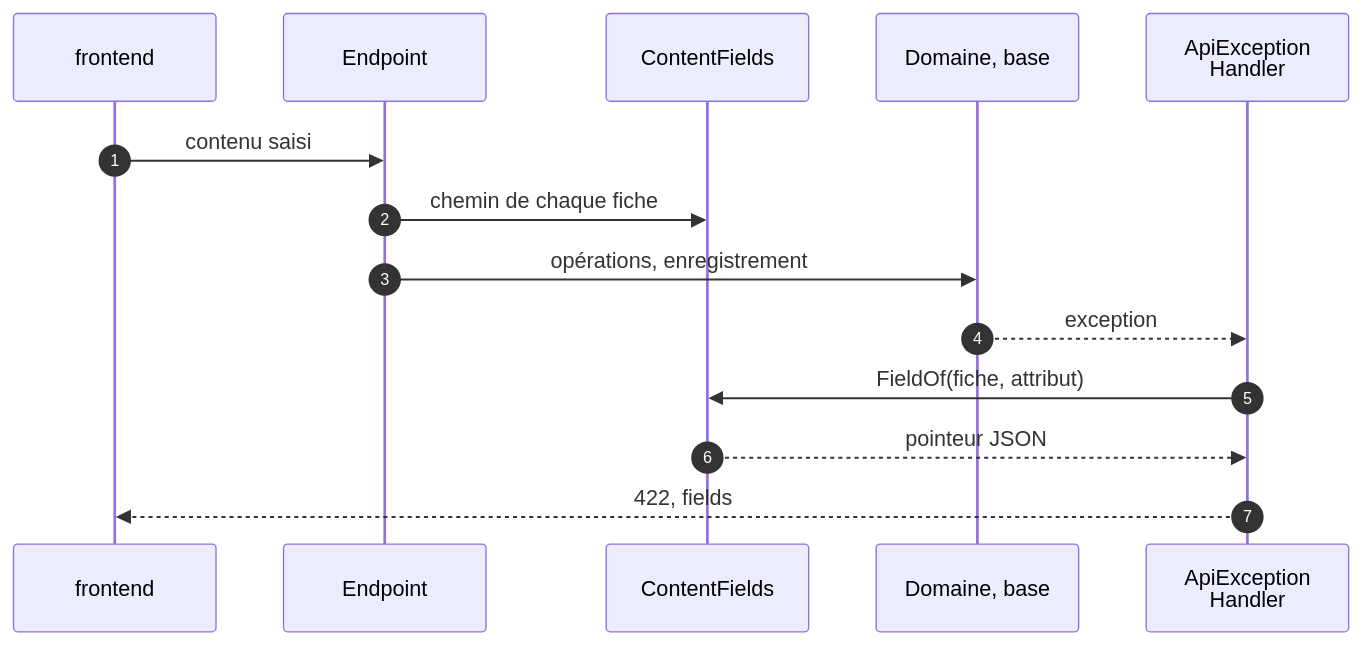
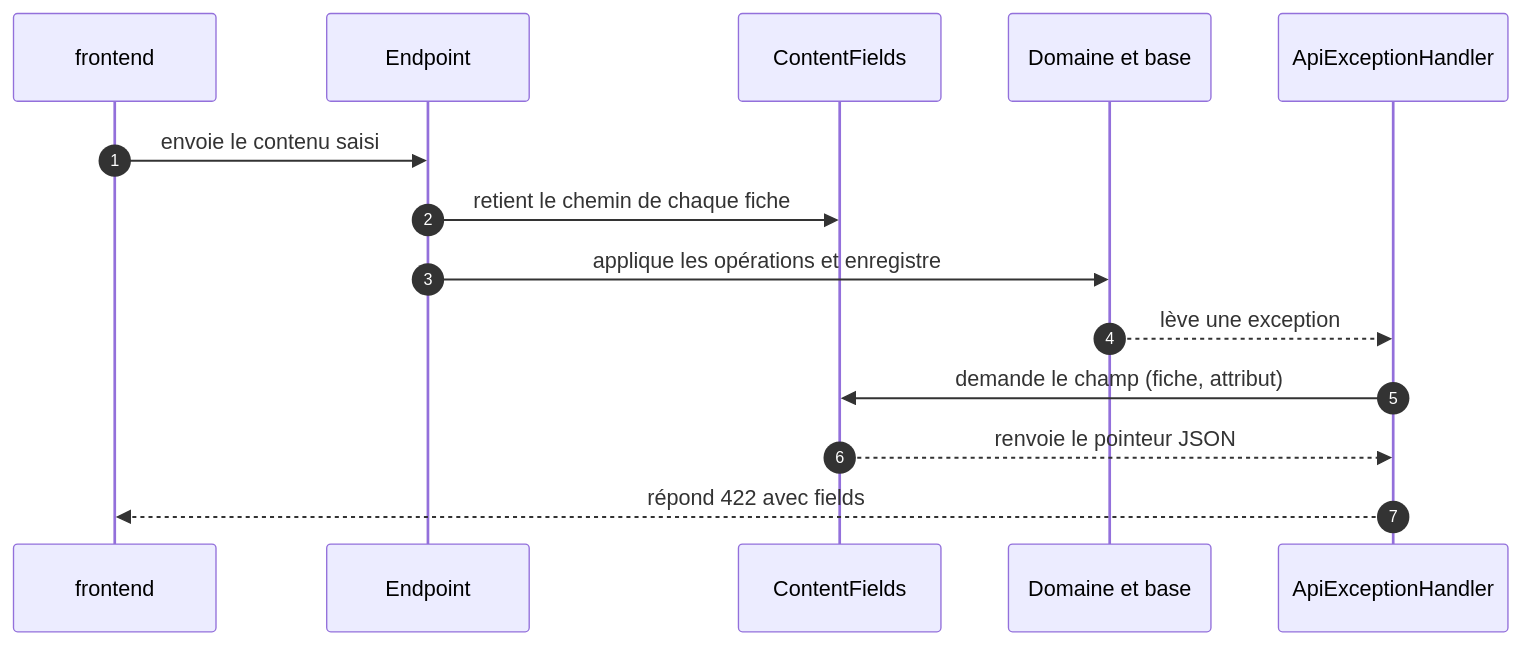
The second of 3 diagrams in docs/tech/mecanismes/erreurs.md (Tetram76/bdtheque-claude), drawn with Mermaid before and after one commit. The commit also changed other lines of this file and 6 other files, not shown here.

````diff
--- a/docs/tech/mecanismes/erreurs.md
+++ b/docs/tech/mecanismes/erreurs.md
@@ -69,17 +74,17 @@
 ```mermaid
 sequenceDiagram
     autonumber
     participant client as frontend
     participant endpoint as Endpoint
     participant fields as ContentFields
-    participant domain as Domaine, base
-    participant handler as ApiException<br/>Handler
+    participant domain as Domaine et base
+    participant handler as ApiExceptionHandler
 
-    client->>endpoint: contenu saisi
-    endpoint->>fields: chemin de chaque fiche
-    endpoint->>domain: opérations, enregistrement
-    domain-->>handler: exception
-    handler->>fields: FieldOf(fiche, attribut)
-    fields-->>handler: pointeur JSON
-    handler-->>client: 422, fields
+    client->>endpoint: envoie le contenu saisi
+    endpoint->>fields: retient le chemin de chaque fiche
+    endpoint->>domain: applique les opérations et enregistre
+    domain-->>handler: lève une exception
+    handler->>fields: demande le champ (fiche, attribut)
+    fields-->>handler: renvoie le pointeur JSON
+    handler-->>client: répond 422 avec fields
 ```
````
